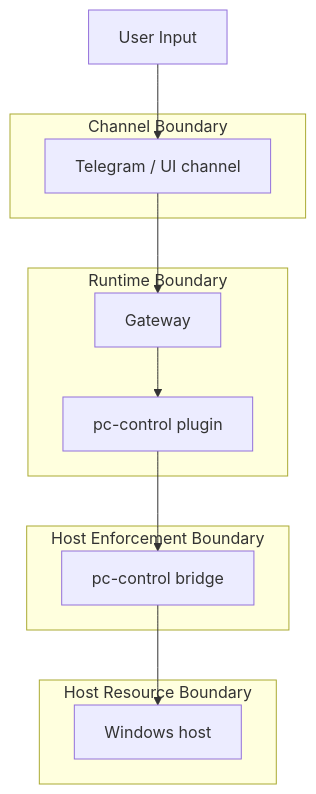
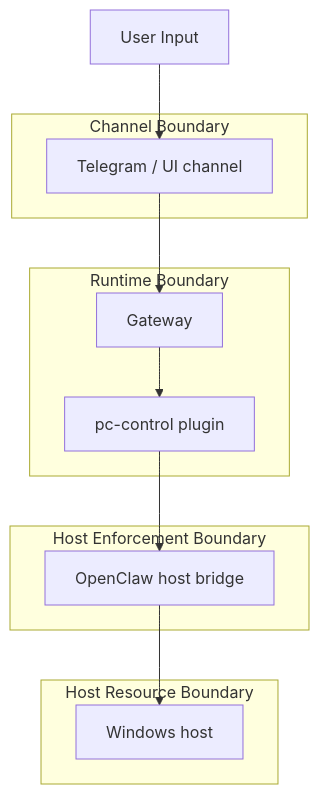
One commit to mfshaf7/openclaw-isolated-deployment changed the second of 5 diagrams in docs/architecture-overview.md. Above: the diagram before and after it, drawn with Mermaid. The commit also changed other lines of this file and 16 other files, not shown here.

Commit message:
docs: rename bridge references to openclaw-host-bridge

````diff
--- a/docs/architecture-overview.md
+++ b/docs/architecture-overview.md
@@ -108,28 +108,28 @@
 ```mermaid
 flowchart TD
     U[User Input]
     C[Telegram / UI channel]
     G[Gateway]
     P[pc-control plugin]
-    B[pc-control bridge]
+    B[OpenClaw host bridge]
     H[Windows host]
 
     U --> C --> G --> P --> B --> H
 
     subgraph Boundary1[Channel Boundary]
       C
     end
 
     subgraph Boundary2[Runtime Boundary]
       G
       P
     end
 
     subgraph Boundary3[Host Enforcement Boundary]
       B
     end
 
     subgraph Boundary4[Host Resource Boundary]
       H
     end
 ```
````
